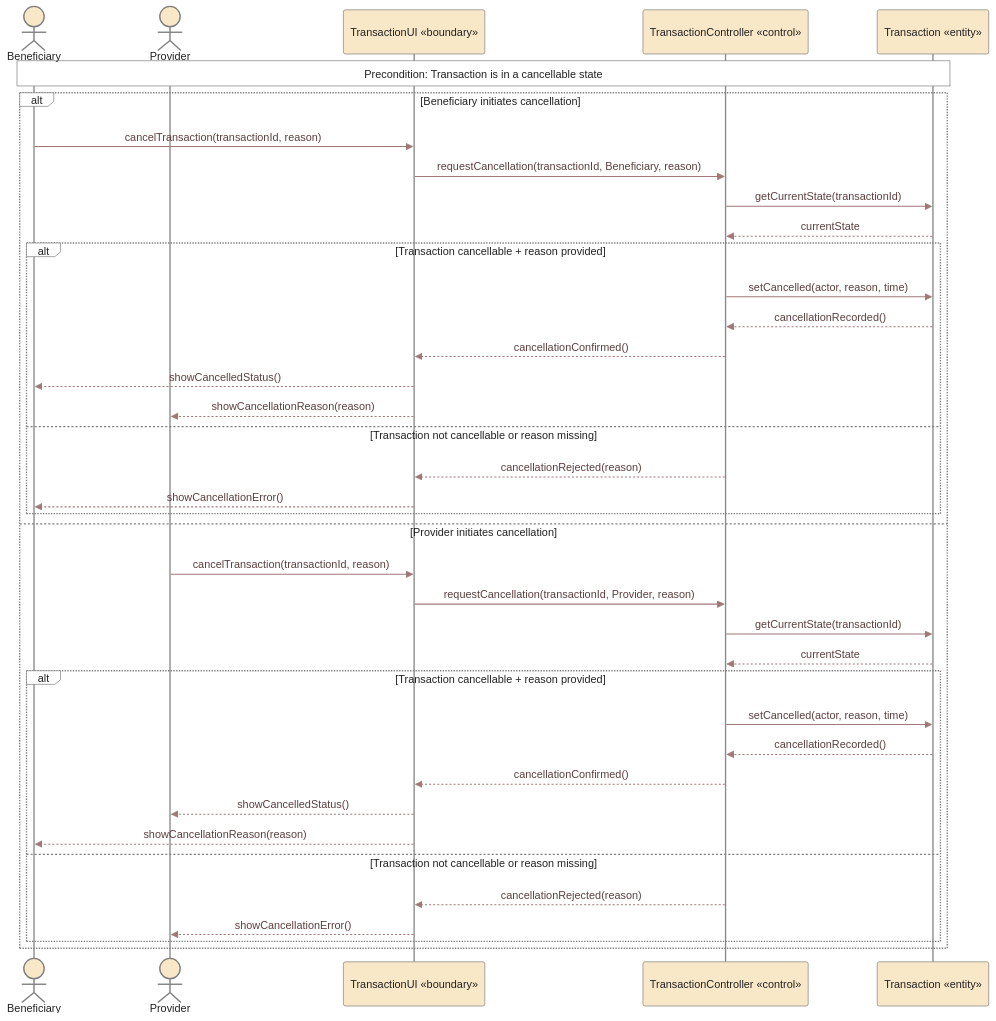
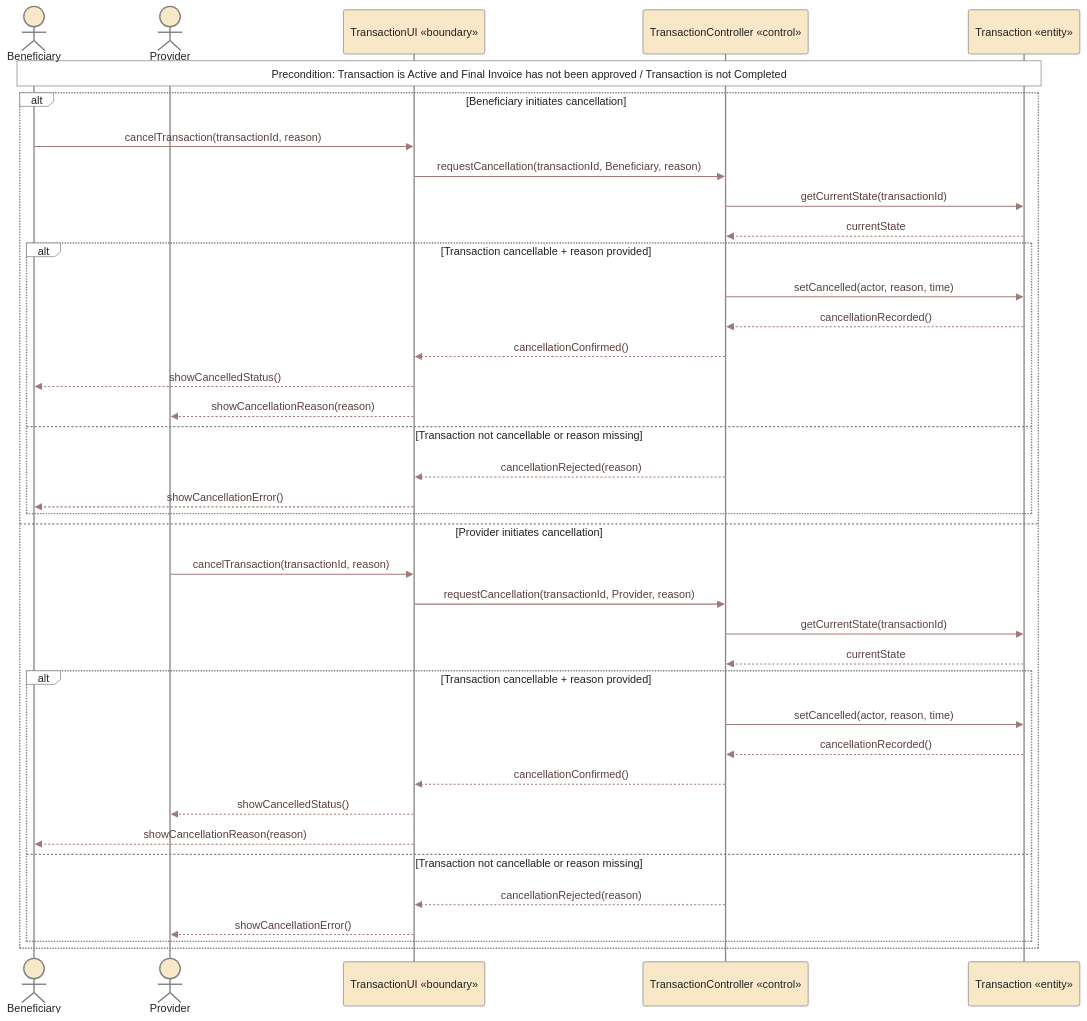
Before and after one commit to Yadd-SanaaUniversityGraduationProject/yadd: the diagram in diagrams/03-analysis/uml/sequence/uc-05-cancel-active-transaction-sequence.md, drawn with Mermaid. The commit also changed other lines of this file, not shown here.

Commit message:
uml: synchronize cancellation sequence with DEC-083

````diff
--- a/diagrams/03-analysis/uml/sequence/uc-05-cancel-active-transaction-sequence.md
+++ b/diagrams/03-analysis/uml/sequence/uc-05-cancel-active-transaction-sequence.md
@@ -18,46 +18,46 @@
 ```mermaid
 %%{init: {"theme":"base","themeVariables":{"background":"#FFFFFF","fontFamily":"Arial","actorBkg":"#F8E8C8","actorBorder":"#7E7E7E","actorTextColor":"#222222","actorLineColor":"#8A8A8A","signalColor":"#A07878","signalTextColor":"#5C3F3F","labelBoxBkgColor":"#FFFFFF","labelBoxBorderColor":"#7E7E7E","labelTextColor":"#222222","loopTextColor":"#222222","noteBkgColor":"#FFFFFF","noteBorderColor":"#7E7E7E","noteTextColor":"#222222","activationBkgColor":"#C8E0E8","activationBorderColor":"#7B969C","sequenceNumberColor":"#222222"}}}%%
 sequenceDiagram
     actor B as Beneficiary
     actor P as Provider
     participant UI as TransactionUI «boundary»
     participant C as TransactionController «control»
     participant T as Transaction «entity»
 
-    Note over B,T: Precondition: Transaction is in a cancellable state
+    Note over B,T: Precondition: Transaction is Active and Final Invoice has not been approved / Transaction is not Completed
 
     alt Beneficiary initiates cancellation
         B->>UI: cancelTransaction(transactionId, reason)
         UI->>C: requestCancellation(transactionId, Beneficiary, reason)
         C->>T: getCurrentState(transactionId)
         T-->>C: currentState
 
         alt Transaction cancellable + reason provided
             C->>T: setCancelled(actor, reason, time)
             T-->>C: cancellationRecorded()
             C-->>UI: cancellationConfirmed()
             UI-->>B: showCancelledStatus()
             UI-->>P: showCancellationReason(reason)
         else Transaction not cancellable or reason missing
             C-->>UI: cancellationRejected(reason)
             UI-->>B: showCancellationError()
         end
 
     else Provider initiates cancellation
         P->>UI: cancelTransaction(transactionId, reason)
         UI->>C: requestCancellation(transactionId, Provider, reason)
         C->>T: getCurrentState(transactionId)
         T-->>C: currentState
 
         alt Transaction cancellable + reason provided
             C->>T: setCancelled(actor, reason, time)
             T-->>C: cancellationRecorded()
             C-->>UI: cancellationConfirmed()
             UI-->>P: showCancelledStatus()
             UI-->>B: showCancellationReason(reason)
         else Transaction not cancellable or reason missing
             C-->>UI: cancellationRejected(reason)
             UI-->>P: showCancellationError()
         end
     end
 ```
````
